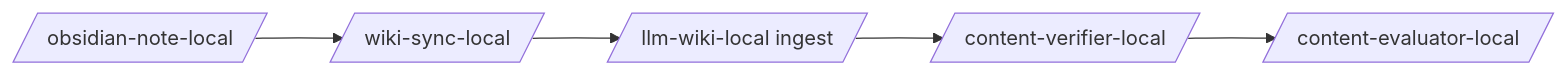
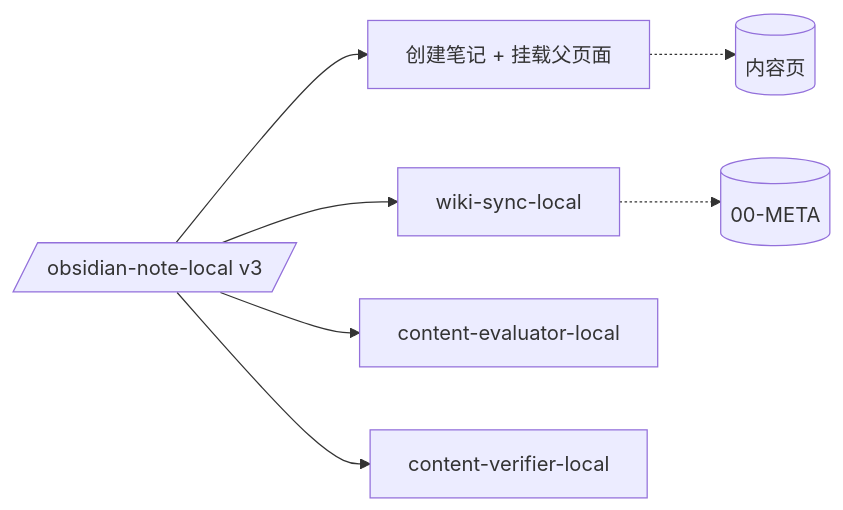
Before and after one commit to pedyc/dg.pedyc: the diagram in content/00-META/Specification/_skills-overview.md, drawn with Mermaid. The commit also changed other lines of this file and 37 other files, not shown here.

````diff
--- a/content/00-META/Specification/_skills-overview.md
+++ b/content/00-META/Specification/_skills-overview.md
@@ -30,7 +30,10 @@
 ```mermaid
 flowchart LR
-    A[/obsidian-note-local/] --> B[/wiki-sync-local/]
-    B --> C[/llm-wiki-local ingest/]
-    C --> D[/content-verifier-local/]
-    D --> E[/content-evaluator-local/]
+    A[/obsidian-note-local v3/]
+    A --> B[创建笔记 + 挂载父页面]
+    A --> C[wiki-sync-local]
+    A --> D[content-evaluator-local]
+    A --> E[content-verifier-local]
+    B -.-> F[(内容页)]
+    C -.-> G[(00-META)]
 ```
````
